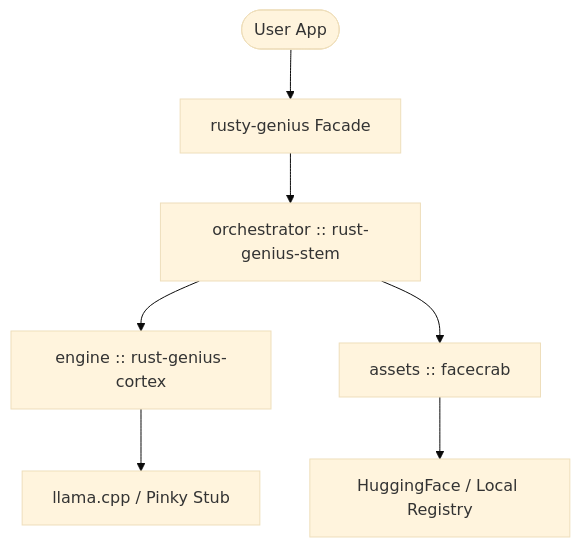
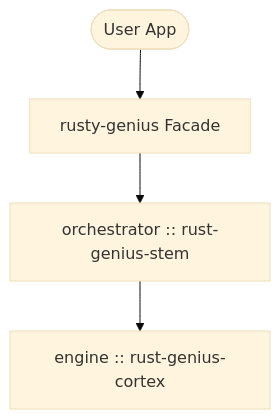
Before and after one commit to tmzt/rusty-genius: the first of 3 diagrams in README.md, drawn with Mermaid (base theme). The commit also changed other lines of this file and 12 other files, not shown here.

````diff
--- a/README.md
+++ b/README.md
@@ -34,9 +34,6 @@
 ```mermaid
 graph TD
     User([User App]) --> Genius["rusty-genius Facade"]
     Genius --> Brainstem["orchestrator :: rust-genius-stem"]
     Brainstem --> Cortex["engine :: rust-genius-cortex"]
-    Brainstem --> Facecrab["assets :: facecrab"]
-    Cortex --> Llama["llama.cpp / Pinky Stub"]
-    Facecrab --> HF["HuggingFace / Local Registry"]
 ```
````
